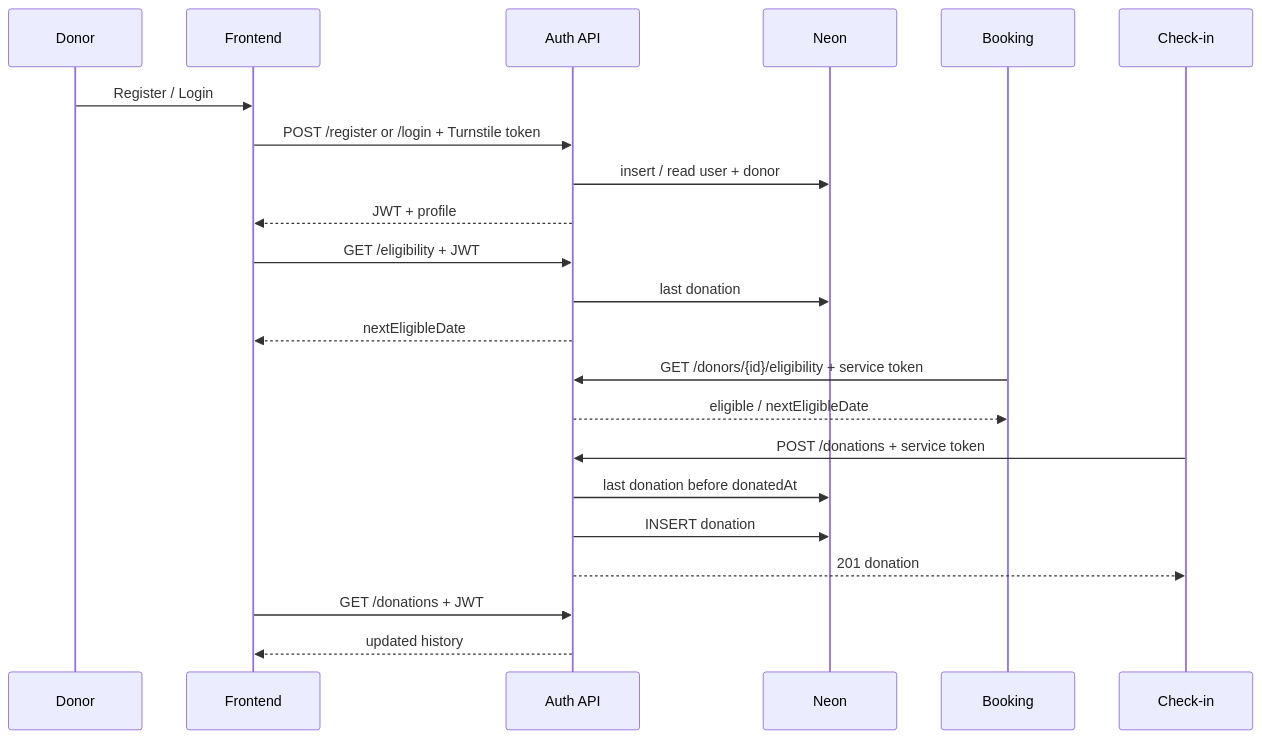
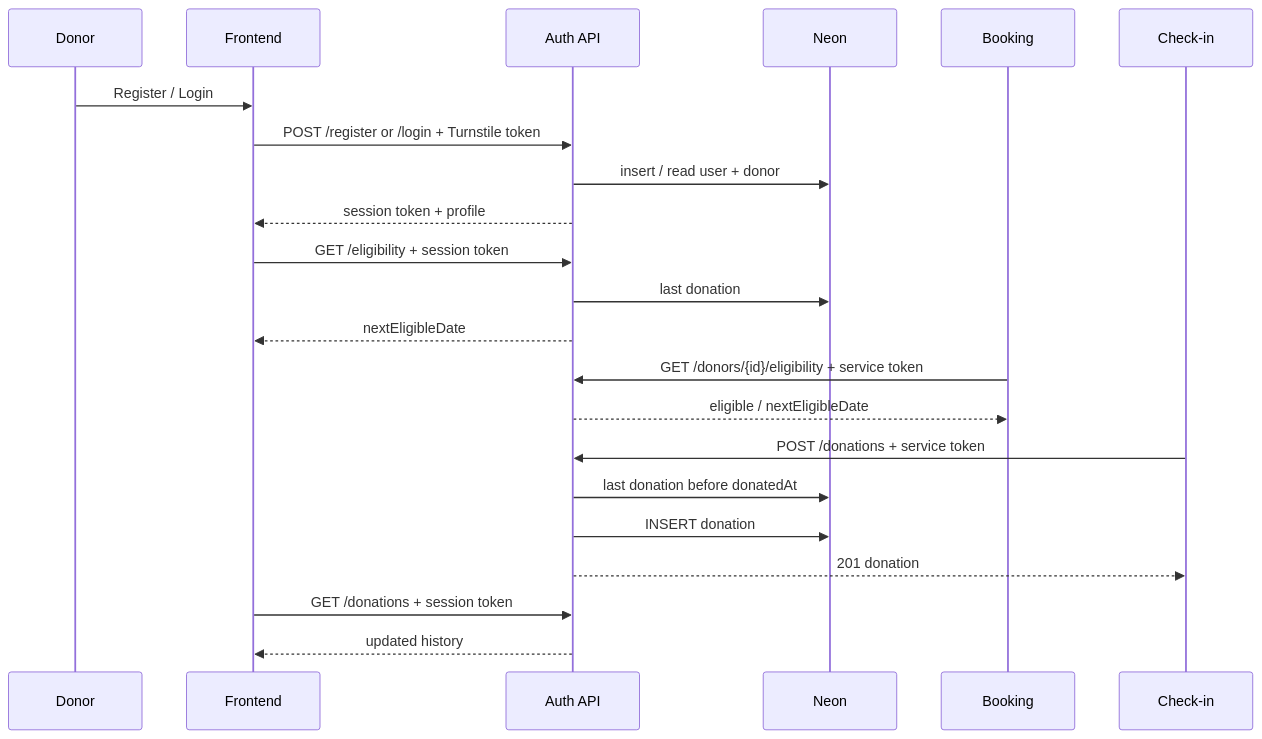
One commit to TasneemHazem10/cloud-project changed the diagram in docs/integration.md. Above: the diagram before and after it, drawn with Mermaid. The commit also changed other lines of this file and 32 other files, not shown here.

````diff
--- a/docs/integration.md
+++ b/docs/integration.md
@@ -93,25 +93,25 @@
 ```mermaid
 sequenceDiagram
   participant D as Donor
   participant F as Frontend
   participant A as Auth API
   participant N as Neon
   participant B as Booking
   participant K as Check-in
 
   D->>F: Register / Login
   F->>A: POST /register or /login + Turnstile token
   A->>N: insert / read user + donor
-  A-->>F: JWT + profile
-  F->>A: GET /eligibility + JWT
+  A-->>F: session token + profile
+  F->>A: GET /eligibility + session token
   A->>N: last donation
   A-->>F: nextEligibleDate
   B->>A: GET /donors/{id}/eligibility + service token
   A-->>B: eligible / nextEligibleDate
   K->>A: POST /donations + service token
   A->>N: last donation before donatedAt
   A->>N: INSERT donation
   A-->>K: 201 donation
-  F->>A: GET /donations + JWT
+  F->>A: GET /donations + session token
   A-->>F: updated history
 ```
````
